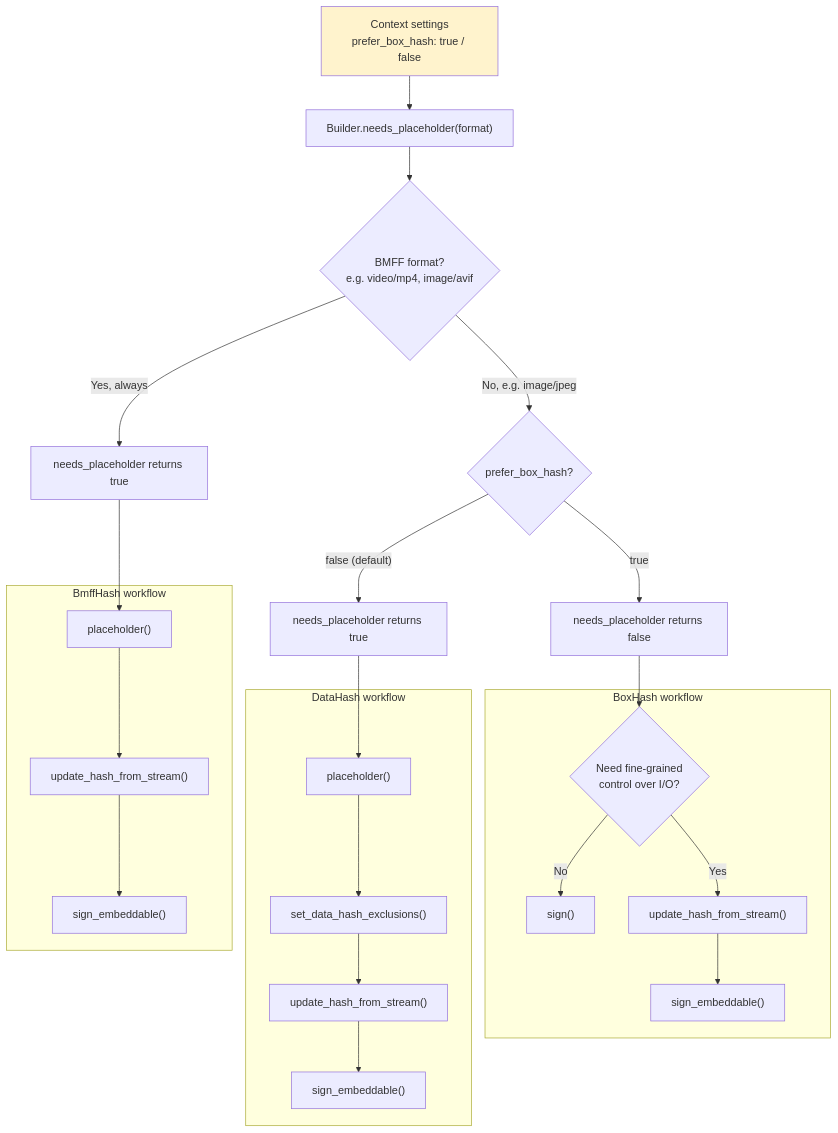
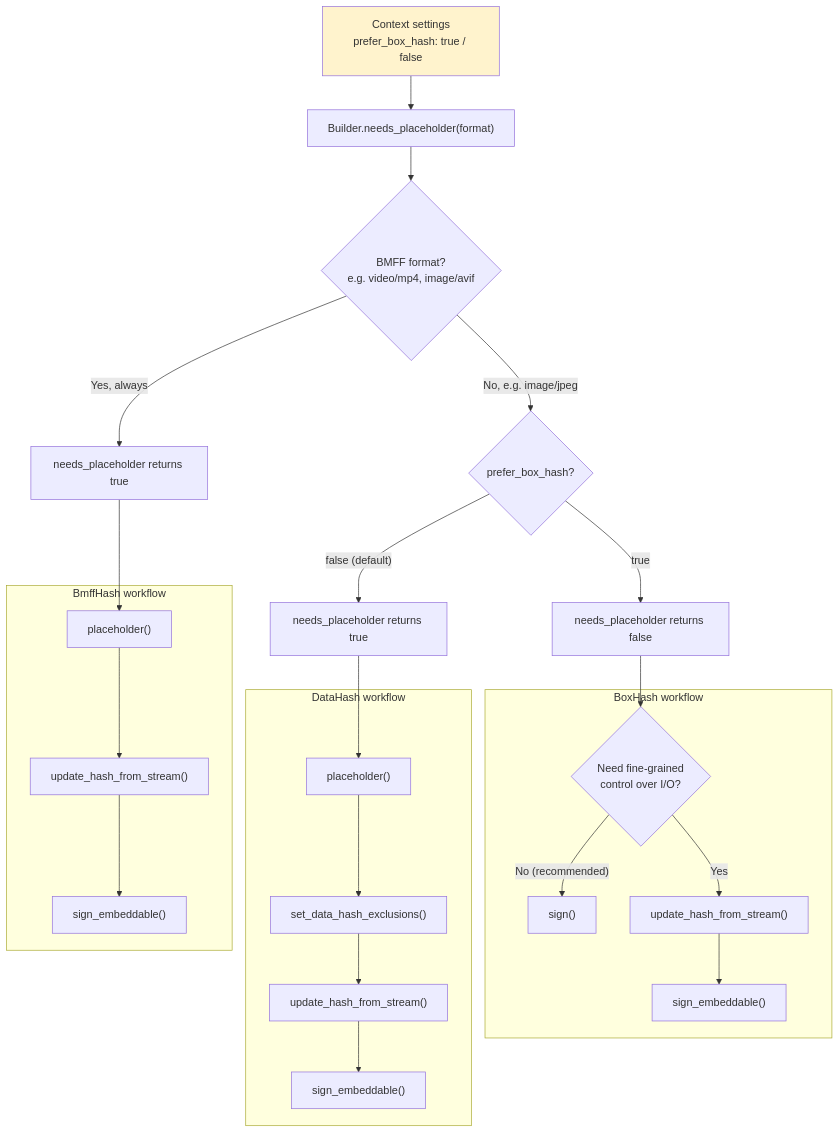
One commit to contentauth/c2pa-c changed the first of 8 diagrams in docs/embeddable-api.md. Above: the diagram before and after it, drawn with Mermaid.

````diff
--- a/docs/embeddable-api.md
+++ b/docs/embeddable-api.md
@@ -51,34 +51,34 @@
 ```mermaid
 flowchart TD
     Settings["Context settings<br/>prefer_box_hash: true / false"]
     Start["Builder.needs_placeholder(format)"]
 
     Settings --> Start
     Start --> IsBmff{BMFF format?<br/>e.g. video/mp4, image/avif}
     IsBmff -->|Yes, always| BmffTrue["needs_placeholder returns true"]
     IsBmff -->|No, e.g. image/jpeg| BoxCheck{"prefer_box_hash?"}
     BoxCheck -->|"false (default)"| DHTrue["needs_placeholder returns true"]
     BoxCheck -->|"true"| BHFalse["needs_placeholder returns false"]
 
     BmffTrue --> BmffPH["placeholder()"]
     subgraph BmffFlow ["BmffHash workflow"]
         BmffPH --> BmffHash["update_hash_from_stream()"]
         BmffHash --> BmffSign["sign_embeddable()"]
     end
 
     DHTrue --> DHPH["placeholder()"]
     subgraph DHFlow ["DataHash workflow"]
         DHPH --> DHExcl["set_data_hash_exclusions()"]
         DHExcl --> DHHash["update_hash_from_stream()"]
         DHHash --> DHSign["sign_embeddable()"]
     end
 
     BHFalse --> BHChoice{"Need fine-grained<br/>control over I/O?"}
     subgraph BHFlow ["BoxHash workflow"]
-        BHChoice -->|No| BHSign["sign()"]
+        BHChoice -->|"No (recommended)"| BHSign["sign()"]
         BHChoice -->|Yes| BHHash["update_hash_from_stream()"]
         BHHash --> BHSignEmb["sign_embeddable()"]
     end
 
     style Settings fill:#fff3cd
 ```
````
